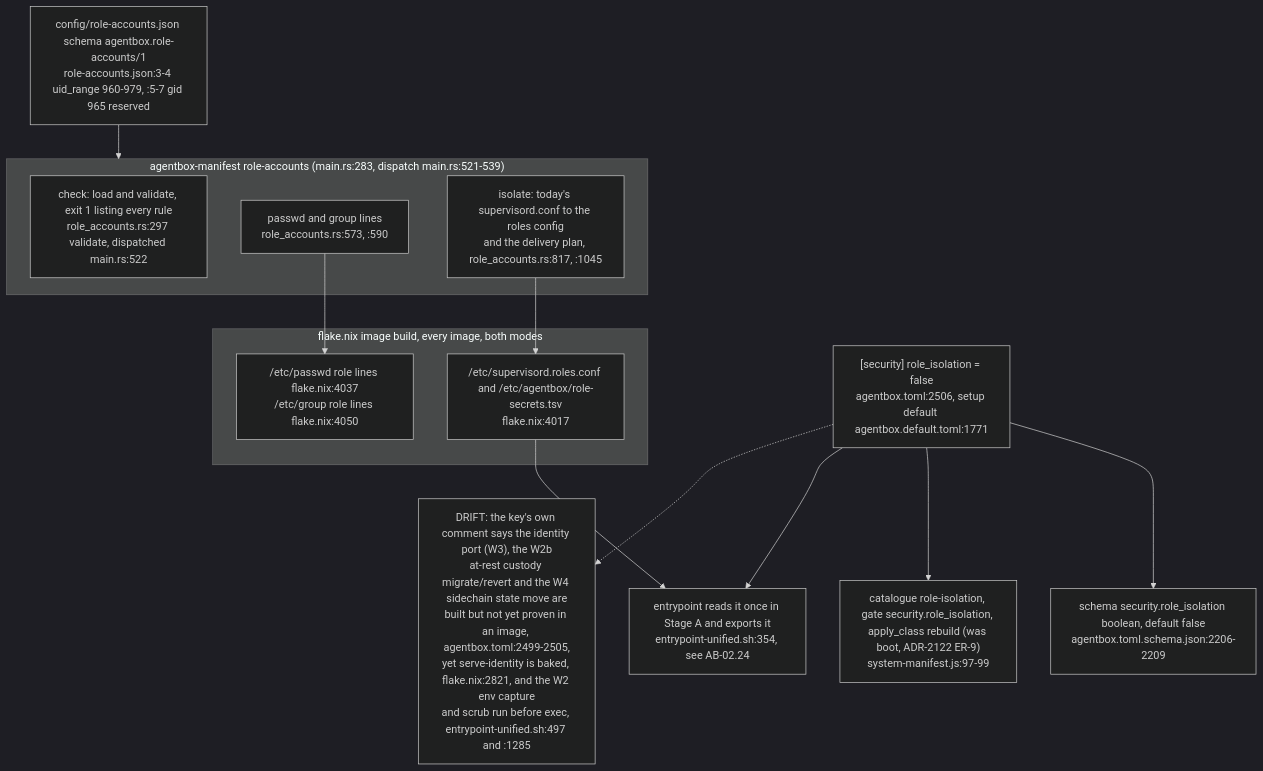
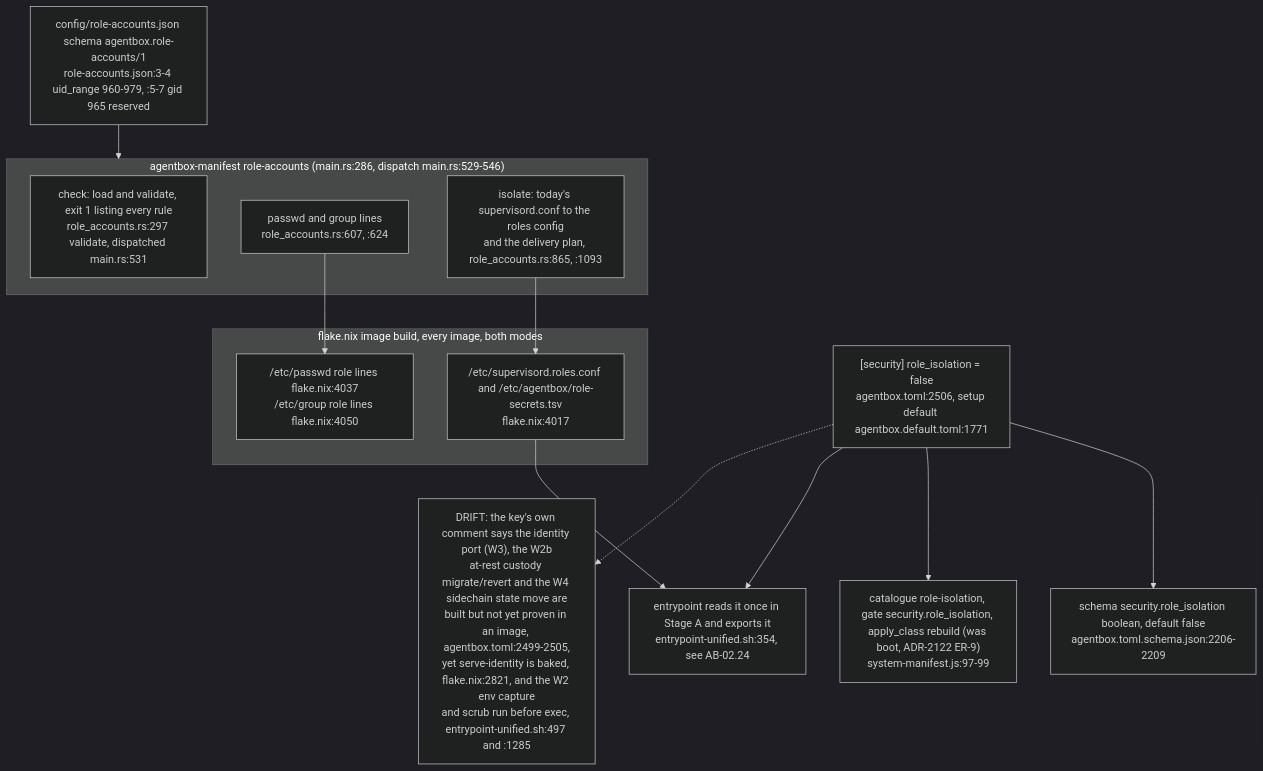
Before and after one commit to DreamLab-AI/VisionFlow: diagram 15 of 16 in docs/diagrams/agentbox/05-manifest-gates-and-cli.md, drawn with Mermaid (dark theme). The commit also changed other lines of this file and 151 other files, not shown here.

````diff
--- a/docs/diagrams/agentbox/05-manifest-gates-and-cli.md
+++ b/docs/diagrams/agentbox/05-manifest-gates-and-cli.md
@@ -547,25 +547,25 @@
 ```mermaid
 flowchart TB
     KEY["[security] role_isolation = false<br/>agentbox.toml:2506, setup default agentbox.default.toml:1771"]
     SCH["schema security.role_isolation boolean, default false<br/>agentbox.toml.schema.json:2206-2209"]
     CATE["catalogue role-isolation, gate security.role_isolation, apply_class rebuild (was boot, ADR-2122 ER-9)<br/>system-manifest.js:97-99"]
     TBL["config/role-accounts.json schema agentbox.role-accounts/1<br/>role-accounts.json:3-4 uid_range 960-979, :5-7 gid 965 reserved"]
-    subgraph CLI["agentbox-manifest role-accounts (main.rs:283, dispatch main.rs:521-539)"]
-        CHK["check: load and validate, exit 1 listing every rule<br/>role_accounts.rs:297 validate, dispatched main.rs:522"]
-        PW["passwd and group lines<br/>role_accounts.rs:573, :590"]
-        ISO["isolate: today's supervisord.conf to the roles config<br/>and the delivery plan, role_accounts.rs:817, :1045"]
+    subgraph CLI["agentbox-manifest role-accounts (main.rs:286, dispatch main.rs:529-546)"]
+        CHK["check: load and validate, exit 1 listing every rule<br/>role_accounts.rs:297 validate, dispatched main.rs:531"]
+        PW["passwd and group lines<br/>role_accounts.rs:607, :624"]
+        ISO["isolate: today's supervisord.conf to the roles config<br/>and the delivery plan, role_accounts.rs:865, :1093"]
     end
     subgraph BUILD["flake.nix image build, every image, both modes"]
         B1["/etc/supervisord.roles.conf and /etc/agentbox/role-secrets.tsv<br/>flake.nix:4017"]
         B2["/etc/passwd role lines flake.nix:4037<br/>/etc/group role lines flake.nix:4050"]
     end
     BOOT["entrypoint reads it once in Stage A and exports it<br/>entrypoint-unified.sh:354, see AB-02.24"]
     KEY --> SCH
     KEY --> CATE
     KEY --> BOOT
     TBL --> CLI
     PW --> B2
     ISO --> B1
     B1 --> BOOT
     KEY -.-> DRIFT["DRIFT: the key's own comment says the identity port (W3), the W2b<br/>at-rest custody migrate/revert and the W4 sidechain state move are<br/>built but not yet proven in an image, agentbox.toml:2499-2505,<br/>yet serve-identity is baked, flake.nix:2821, and the W2 env capture<br/>and scrub run before exec, entrypoint-unified.sh:497 and :1285"]
 ```
````
